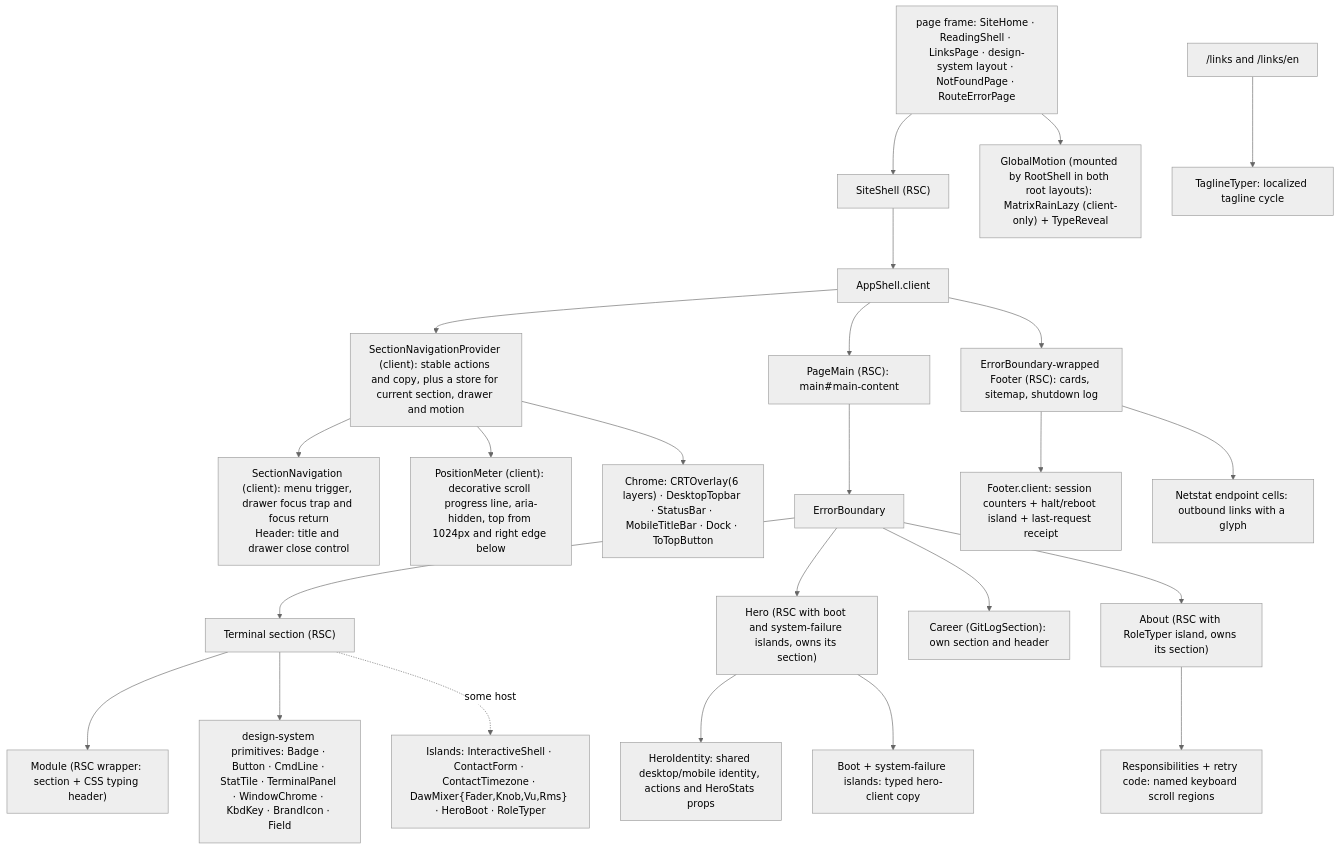
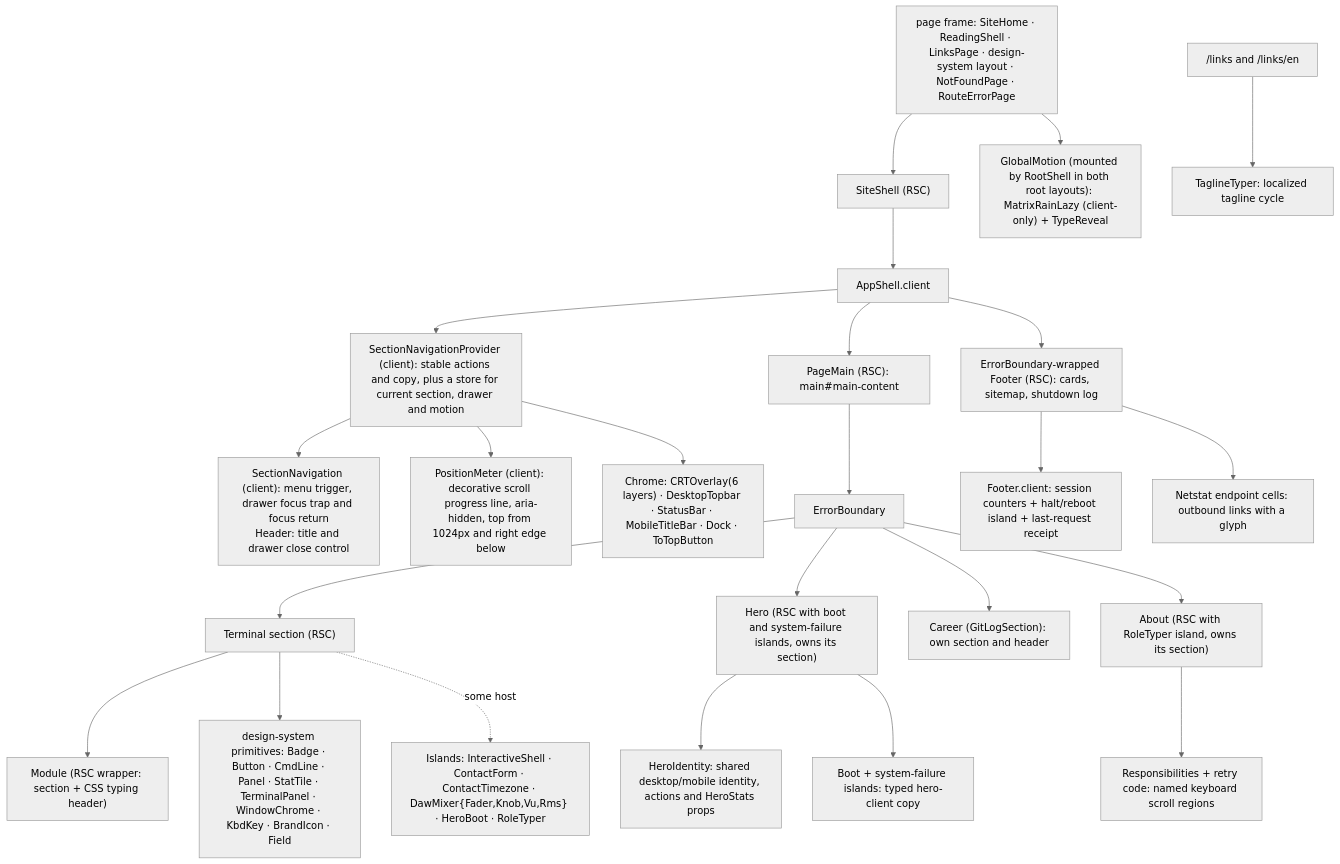
One commit to erikunha/portfolio changed the first of 2 diagrams in docs/04-components-and-state.md. Above: the diagram before and after it, drawn with Mermaid (neutral theme). The commit also changed other lines of this file and 22 other files, not shown here.

First line of the commit message:
refactor(design-system): move Panel into the design system as a documented primitive

````diff
--- a/docs/04-components-and-state.md
+++ b/docs/04-components-and-state.md
@@ -32,25 +32,25 @@
 ```mermaid
 flowchart TD
     page["page frame: SiteHome · ReadingShell · LinksPage · design-system layout · NotFoundPage · RouteErrorPage"] --> siteshell["SiteShell (RSC)"] --> shell["AppShell.client"]
     shell --> navigation["SectionNavigationProvider (client): stable actions and copy, plus a store for current section, drawer and motion"]
     navigation --> rail["SectionNavigation (client): menu trigger, drawer focus trap and focus return<br/>Header: title and drawer close control"]
     navigation --> position["PositionMeter (client): decorative scroll progress line, aria-hidden, top from 1024px and right edge below"]
     navigation --> chrome["Chrome: CRTOverlay(6 layers) · DesktopTopbar · StatusBar · MobileTitleBar · Dock · ToTopButton"]
     page --> gm["GlobalMotion (mounted by RootShell in both root layouts): MatrixRainLazy (client-only) + TypeReveal"]
     shell --> main["PageMain (RSC): main#main-content"]
     main --> eb["ErrorBoundary"]
     eb --> sec["Terminal section (RSC)"]
     sec --> mod["Module (RSC wrapper: section + CSS typing header)"]
-    sec --> dsp["design-system primitives: Badge · Button · CmdLine · StatTile · TerminalPanel · WindowChrome · KbdKey · BrandIcon · Field"]
+    sec --> dsp["design-system primitives: Badge · Button · CmdLine · Panel · StatTile · TerminalPanel · WindowChrome · KbdKey · BrandIcon · Field"]
     sec -. some host .-> isl["Islands: InteractiveShell · ContactForm · ContactTimezone · DawMixer{Fader,Knob,Vu,Rms} · HeroBoot · RoleTyper"]
     eb --> hero["Hero (RSC with boot and system-failure islands, owns its section)"]
     hero --> identity["HeroIdentity: shared desktop/mobile identity, actions and HeroStats props"]
     hero --> clientcopy["Boot + system-failure islands: typed hero-client copy"]
     eb --> career["Career (GitLogSection): own section and header"]
     eb --> about["About (RSC with RoleTyper island, owns its section)"]
     about --> scroll["Responsibilities + retry code: named keyboard scroll regions"]
     shell --> fl["ErrorBoundary-wrapped Footer (RSC): cards, sitemap, shutdown log"]
     fl --> fi["Footer.client: session counters + halt/reboot island + last-request receipt"]
     fl --> fc["Netstat endpoint cells: outbound links with a glyph"]
     links["/links and /links/en"] --> tagline["TaglineTyper: localized tagline cycle"]
 ```
````
